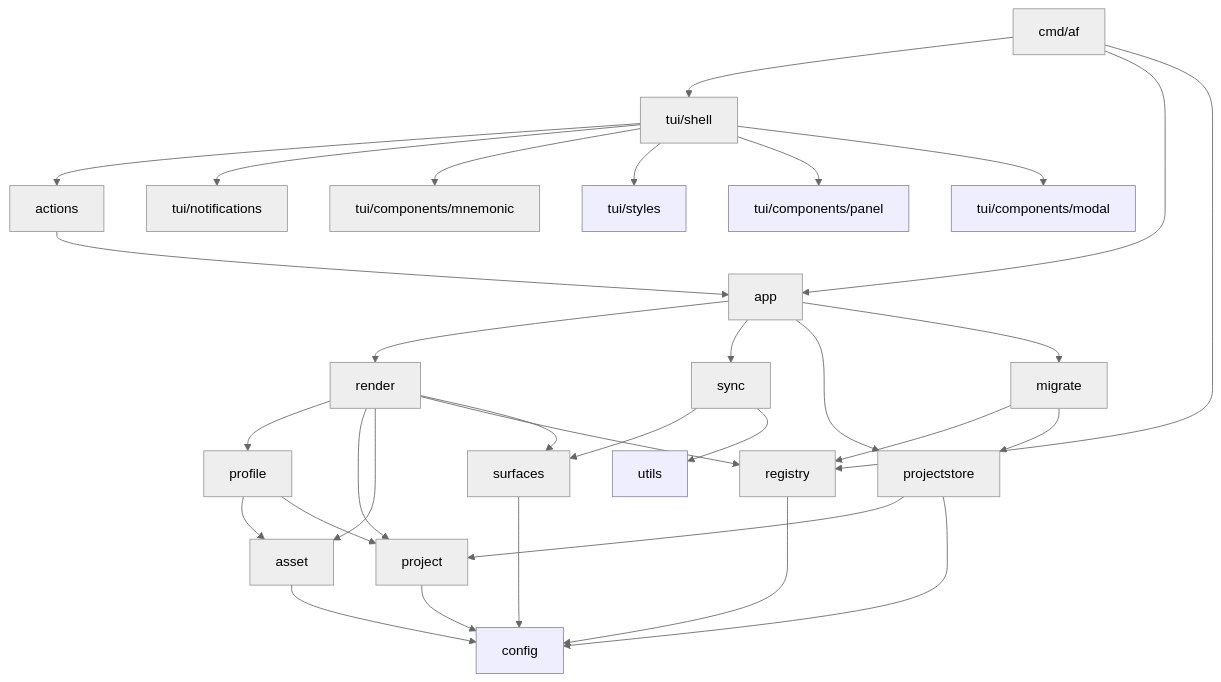
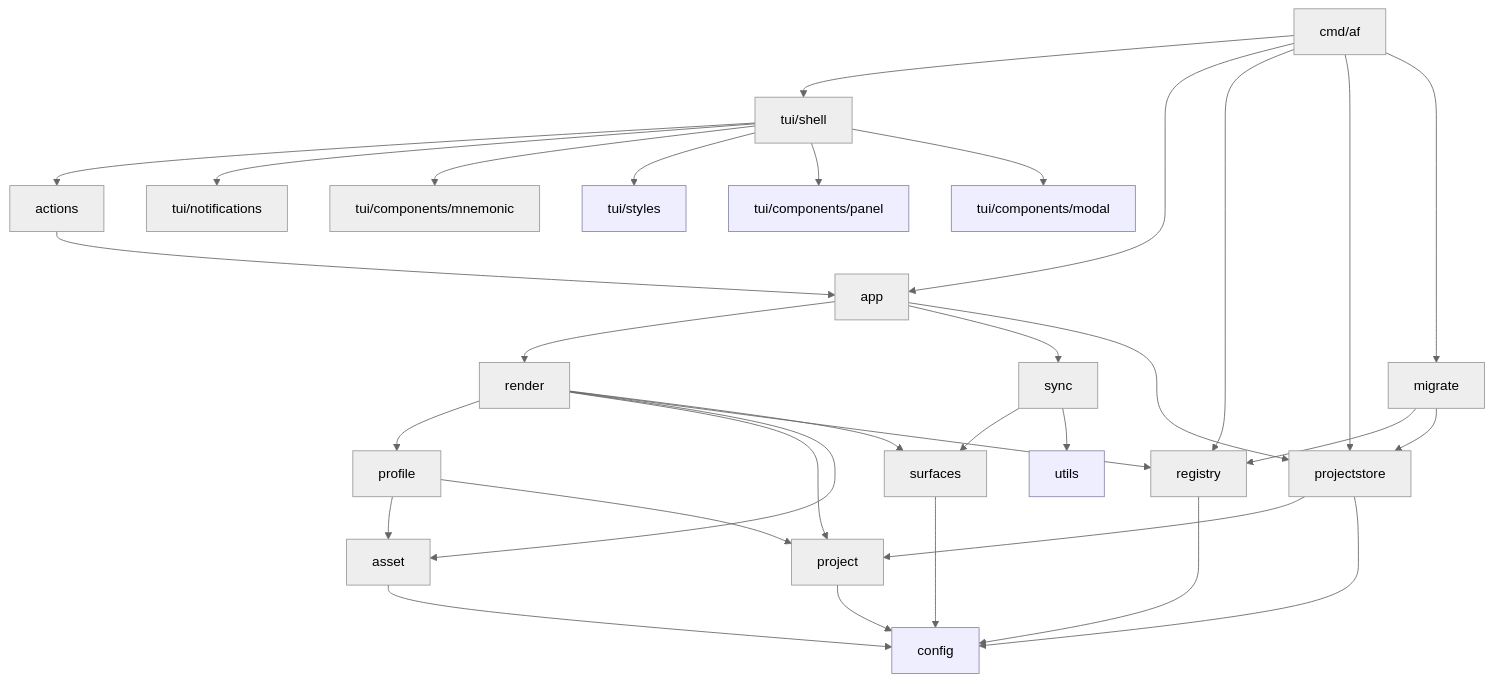
The diagram in docs/architecture/05-building-block-view.md (Hexworks/agentfiles), drawn with Mermaid (neutral theme) before and after one commit. The commit also changed 39 other files, not shown here.

````diff
--- a/docs/architecture/05-building-block-view.md
+++ b/docs/architecture/05-building-block-view.md
@@ -8,37 +8,38 @@
 ```mermaid
 flowchart TD
     cmdaf["cmd/af"] --> tui_shell["tui/shell"]
     cmdaf --> app
     cmdaf --> registry
+    cmdaf --> projectstore
+    cmdaf --> migrate
     tui_shell --> actions
     tui_shell --> tui_notifications["tui/notifications"]
     tui_shell --> tui_mnemonic["tui/components/mnemonic"]
     tui_shell --> tui_styles["tui/styles"]
     tui_shell --> tui_components_panel["tui/components/panel"]
     actions --> app
     app --> render
     app --> sync
     app --> projectstore
-    app --> migrate
     render --> profile
     render --> project
     render --> asset
     render --> registry
     render --> surfaces
     sync --> surfaces
     sync --> utils
     profile --> asset
     profile --> project
     projectstore --> project
     projectstore --> config
     migrate --> registry
     migrate --> projectstore
     asset --> config
     project --> config
     registry --> config
     surfaces --> config
     tui_shell --> tui_components_modal["tui/components/modal"]
 
     classDef leaf fill:#eef,stroke:#88a;
     class config,errs,utils,tui_components_modal,tui_styles,tui_components_panel leaf;
 ```
````
